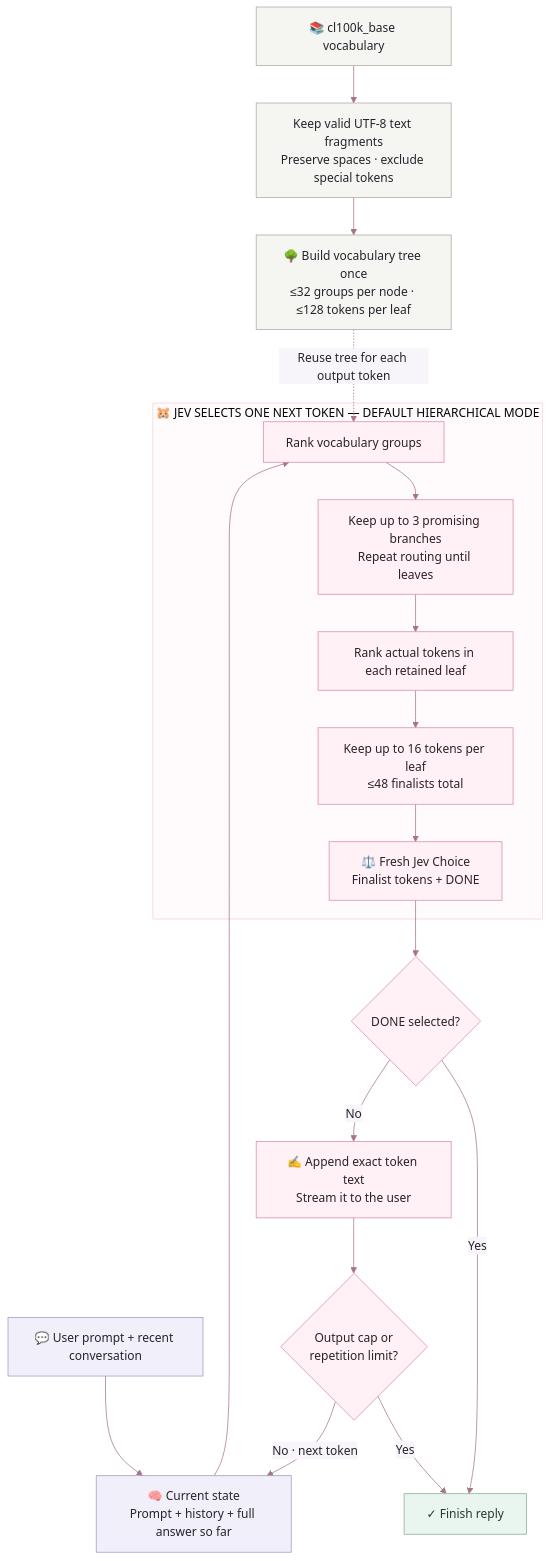
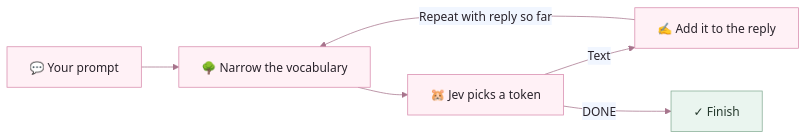
One commit to giga-james/jevgpt changed the diagram in README.md. Above: the diagram before and after it, drawn with Mermaid. The commit also changed other lines of this file, not shown here.

Commit message:
Simplify algorithm diagram to the core generation loop

````diff
--- a/README.md
+++ b/README.md
@@ -44,33 +44,10 @@
 ```mermaid
-%%{init: {"theme": "base", "themeVariables": {"primaryColor": "#fff1f6", "primaryTextColor": "#29232b", "primaryBorderColor": "#d88bad", "lineColor": "#a7748c", "secondaryColor": "#f8f5fa", "tertiaryColor": "#fffafb", "fontFamily": "sans-serif"}}}%%
-flowchart TD
-    V["📚 cl100k_base vocabulary"] --> F["Keep valid UTF-8 text fragments<br/>Preserve spaces · exclude special tokens"]
-    F --> T["🌳 Build vocabulary tree once<br/>≤32 groups per node · ≤128 tokens per leaf"]
-
-    U["💬 User prompt + recent conversation"] --> S["🧠 Current state<br/>Prompt + history + full answer so far"]
-    T -. "Reuse tree for each output token" .-> R
-    S --> R
-
-    subgraph SELECT["🐹 JEV SELECTS ONE NEXT TOKEN — DEFAULT HIERARCHICAL MODE"]
-        R["Rank vocabulary groups"] --> B["Keep up to 3 promising branches<br/>Repeat routing until leaves"]
-        B --> L["Rank actual tokens in each retained leaf"]
-        L --> C["Keep up to 16 tokens per leaf<br/>≤48 finalists total"]
-        C --> J["⚖️ Fresh Jev Choice<br/>Finalist tokens + DONE"]
-    end
-
-    J --> D{"DONE selected?"}
-    D -- "Yes" --> E["✓ Finish reply"]
-    D -- "No" --> A["✍️ Append exact token text<br/>Stream it to the user"]
-    A --> G{"Output cap or<br/>repetition limit?"}
-    G -- "Yes" --> E
-    G -- "No · next token" --> S
-
-    classDef context fill:#f1effa,stroke:#a598bd,color:#29232b;
-    classDef vocab fill:#f5f5f2,stroke:#aaa99d,color:#29232b;
-    classDef action fill:#fff1f6,stroke:#d88bad,color:#29232b;
-    classDef finish fill:#eaf5ef,stroke:#86ad95,color:#263a2e;
-    class U,S context;
-    class V,F,T vocab;
-    class R,B,L,C,J,D,A,G action;
-    class E finish;
+%%{init: {"theme": "base", "themeVariables": {"primaryColor": "#fff1f6", "primaryTextColor": "#29232b", "primaryBorderColor": "#d88bad", "lineColor": "#a7748c", "fontFamily": "sans-serif"}}}%%
+flowchart LR
+    P["💬 Your prompt"] --> N["🌳 Narrow the vocabulary"]
+    N --> J["🐹 Jev picks a token"]
+    J -- "Text" --> A["✍️ Add it to the reply"]
+    A -- "Repeat with reply so far" --> N
+    J -- "DONE" --> E["✓ Finish"]
+    style E fill:#eaf5ef,stroke:#86ad95,color:#263a2e
 ```
````
